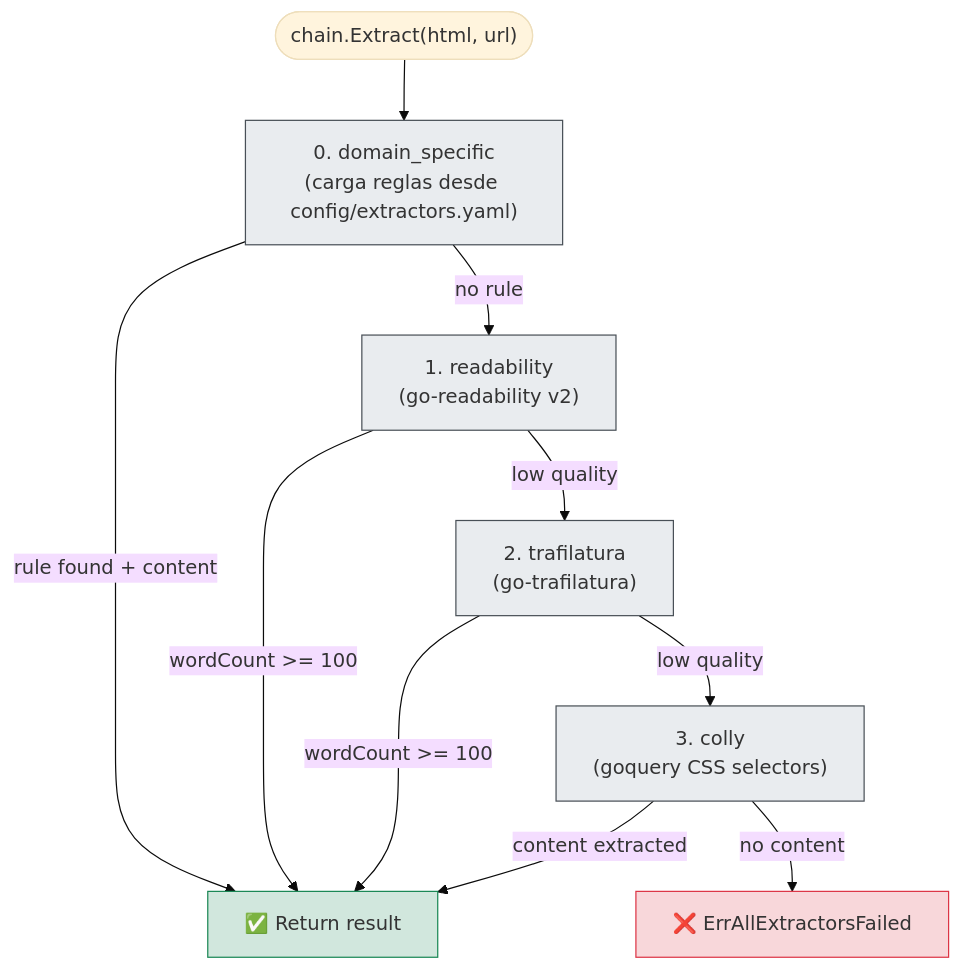
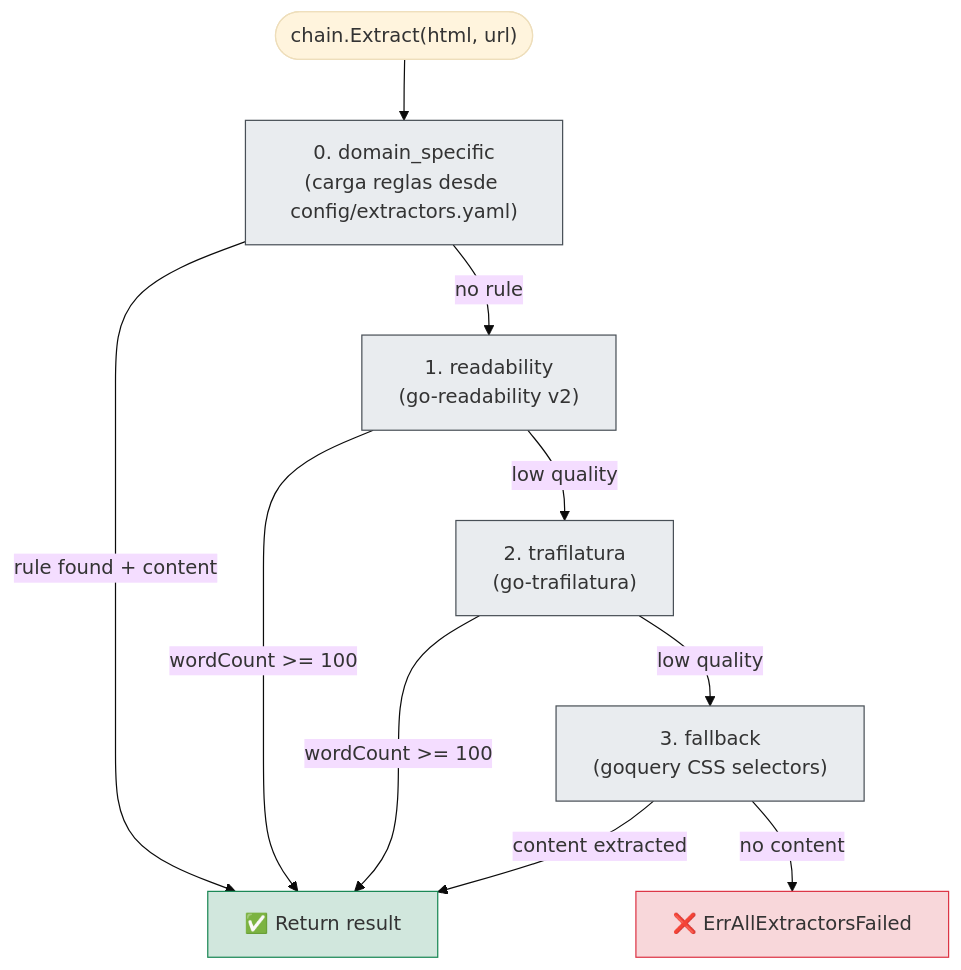
The fifth of 7 diagrams in docs/diagrams.md (aluknot/scraper-lib), drawn with Mermaid (base theme) before and after one commit. The commit also changed other lines of this file and 7 other files, not shown here.

First line of the commit message:
docs: update all colly references to fallback in documentation

````diff
--- a/docs/diagrams.md
+++ b/docs/diagrams.md
@@ -142,25 +142,25 @@
 ```mermaid
 flowchart TD
     Start(["chain.Extract(html, url)"])
 
     Start --> DS["0. domain_specific\n(carga reglas desde config/extractors.yaml)"]
 
     DS -->|rule found + content| Done["✅ Return result"]
     DS -->|no rule| RD["1. readability\n(go-readability v2)"]
 
     RD -->|wordCount >= 100| Done
     RD -->|low quality| TF["2. trafilatura\n(go-trafilatura)"]
 
     TF -->|wordCount >= 100| Done
-    TF -->|low quality| CL["3. colly\n(goquery CSS selectors)"]
+    TF -->|low quality| CL["3. fallback\n(goquery CSS selectors)"]
 
     CL -->|content extracted| Done
     CL -->|no content| Fail["❌ ErrAllExtractorsFailed"]
 
     classDef ext fill:#e9ecef,stroke:#495057
     classDef ok fill:#d1e7dd,stroke:#198754
     classDef fail fill:#f8d7da,stroke:#dc3545
     class DS,RD,TF,CL ext
     class Done ok
     class Fail fail
 ```
````
